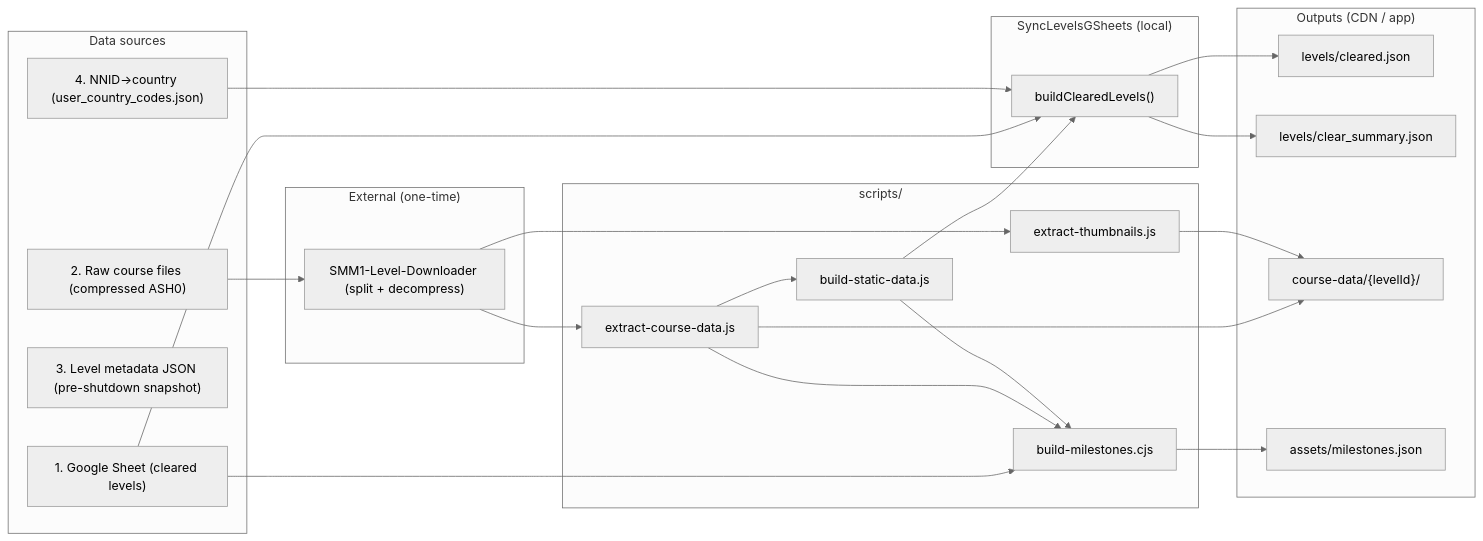
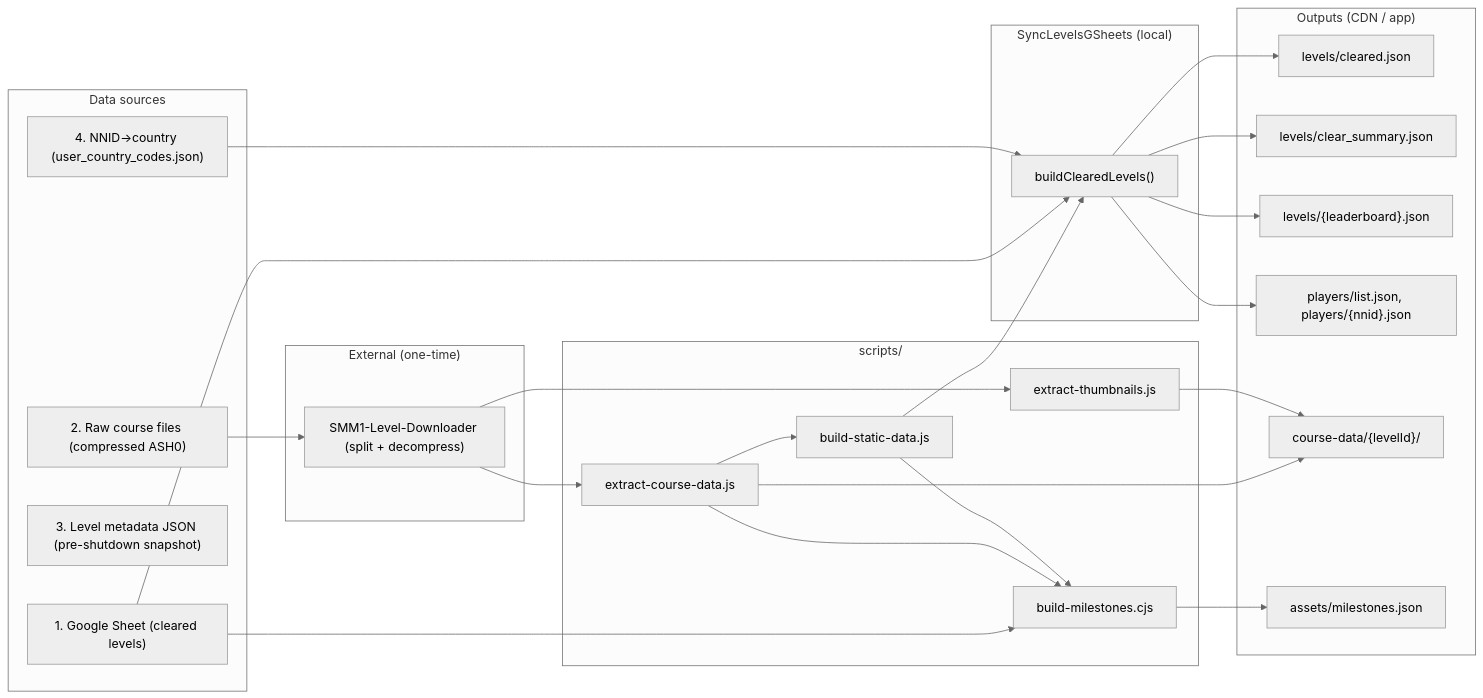
Before and after one commit to snoozbuster/is-smm-beaten-yet: the diagram in docs/data-pipeline.md, drawn with Mermaid (neutral theme). The commit also changed other lines of this file, not shown here.

````diff
--- a/docs/data-pipeline.md
+++ b/docs/data-pipeline.md
@@ -7,48 +7,52 @@
 ```mermaid
 flowchart LR
   subgraph sources["Data sources"]
     sheet["1. Google Sheet (cleared levels)"]
     raw["2. Raw course files (compressed ASH0)"]
     meta["3. Level metadata JSON (pre-shutdown snapshot)"]
     country["4. NNID→country (user_country_codes.json)"]
   end
 
   subgraph external["External (one-time)"]
     dl["SMM1-Level-Downloader (split + decompress)"]
   end
 
   subgraph scripts["scripts/"]
     extract_course["extract-course-data.js"]
     extract_thumbs["extract-thumbnails.js"]
     build_static["build-static-data.js"]
     build_milestones["build-milestones.cjs"]
   end
 
   subgraph sync["SyncLevelsGSheets (local)"]
     build_cleared["buildClearedLevels()"]
   end
 
   subgraph outputs["Outputs (CDN / app)"]
     cleared["levels/cleared.json"]
     summary["levels/clear_summary.json"]
+    level_groupings["levels/{leaderboard}.json"]
+    players["players/list.json, players/{nnid}.json"]
     level_dirs["course-data/{levelId}/"]
     milestones_out["assets/milestones.json"]
   end
 
   sheet --> build_cleared
   sheet --> build_milestones
   raw --> dl
   dl --> extract_course
   dl --> extract_thumbs
   extract_course --> build_static
   extract_course --> build_milestones
   build_static --> build_cleared
   build_static --> build_milestones
   country --> build_cleared
   extract_course --> level_dirs
   extract_thumbs --> level_dirs
 
   build_cleared --> cleared
   build_cleared --> summary
+  build_cleared --> level_groupings
+  build_cleared --> players
   build_milestones --> milestones_out
 ```
````
